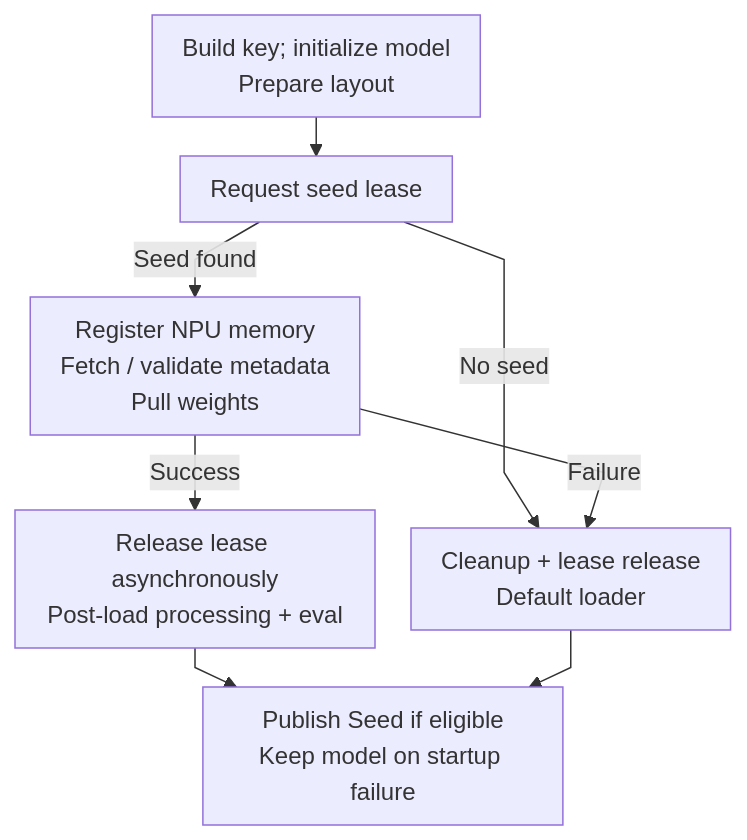
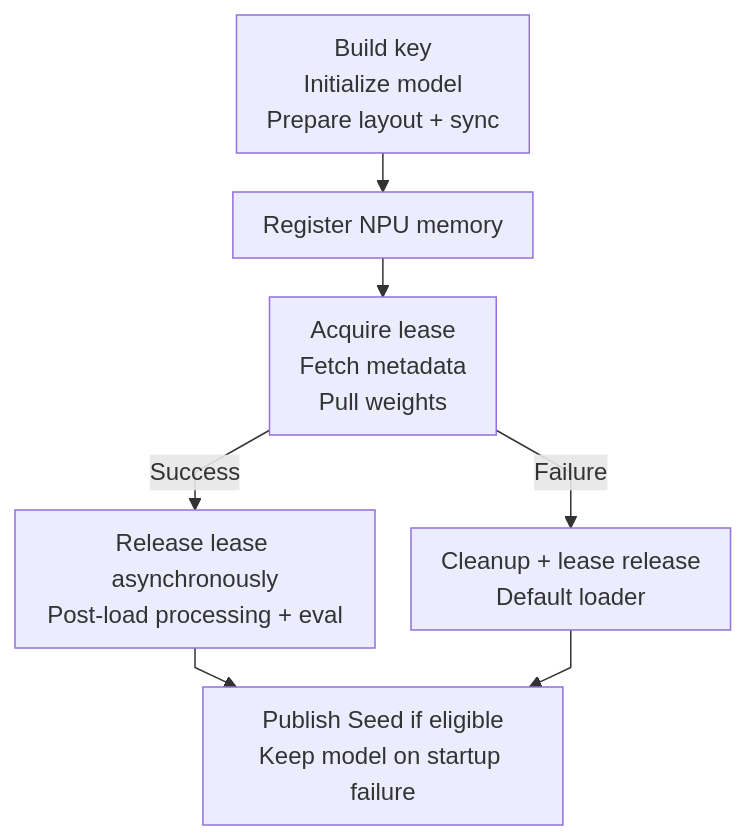
One commit to yangsonglin13/vllm-ascend changed the second of 2 diagrams in docs/source/user_guide/feature_guide/rfork.md. Above: the diagram before and after it, drawn with Mermaid. The commit also changed other lines of this file and 28 other files, not shown here.

````diff
--- a/docs/source/user_guide/feature_guide/rfork.md
+++ b/docs/source/user_guide/feature_guide/rfork.md
@@ -84,17 +83,16 @@
 ```mermaid
 %%{init: {"flowchart": {"nodeSpacing": 24, "rankSpacing": 26, "padding": 10, "curve": "linear"}}}%%
 flowchart TD
-    A["Build key; initialize model<br/>Prepare layout"]
-    B["Request seed lease"]
-    C["Register NPU memory<br/>Fetch / validate metadata<br/>Pull weights"]
+    A["Build key<br/>Initialize model<br/>Prepare layout + sync"]
+    B["Register NPU memory"]
+    C["Acquire lease<br/>Fetch metadata<br/>Pull weights"]
     D["Release lease asynchronously<br/>Post-load processing + eval"]
     E["Cleanup + lease release<br/>Default loader"]
     F["Publish Seed if eligible<br/>Keep model on startup failure"]
     A --> B
-    B -->|"Seed found"| C
-    B -->|"No seed"| E
+    B --> C
     C -->|"Failure"| E
     C -->|"Success"| D
     D --> F
     E --> F
 ```
````
